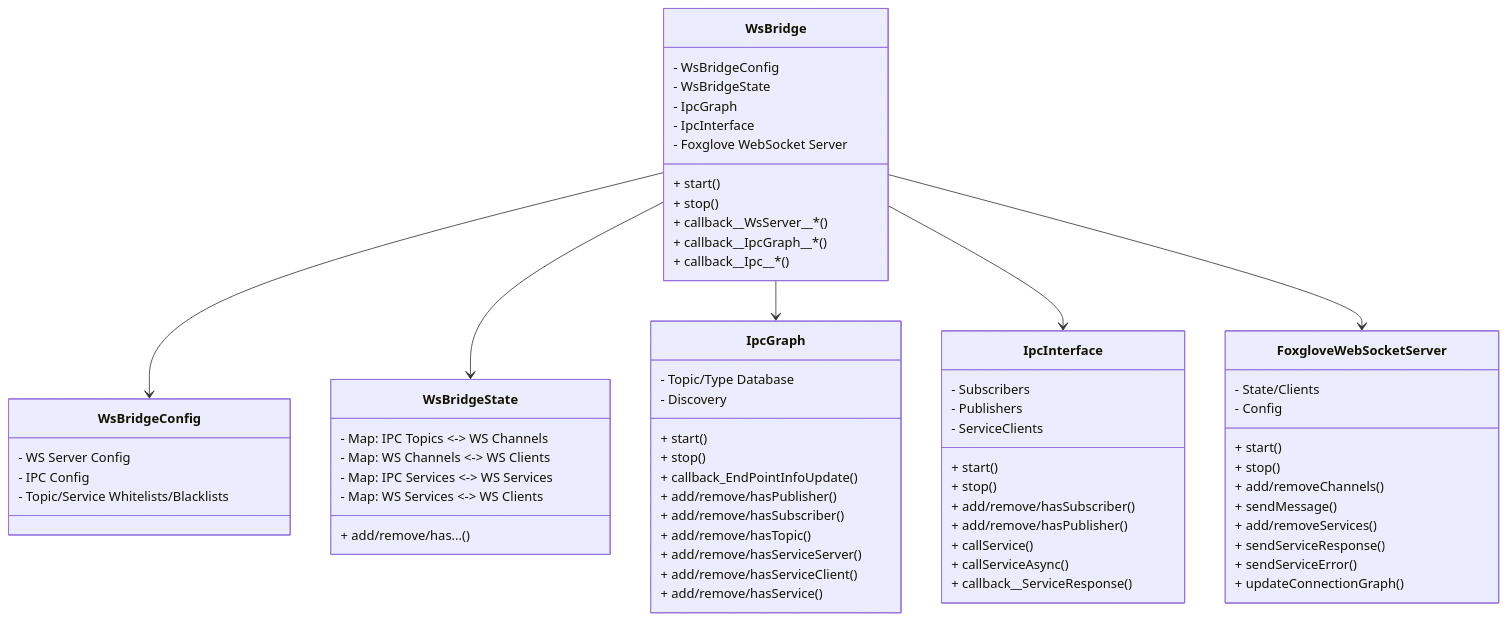
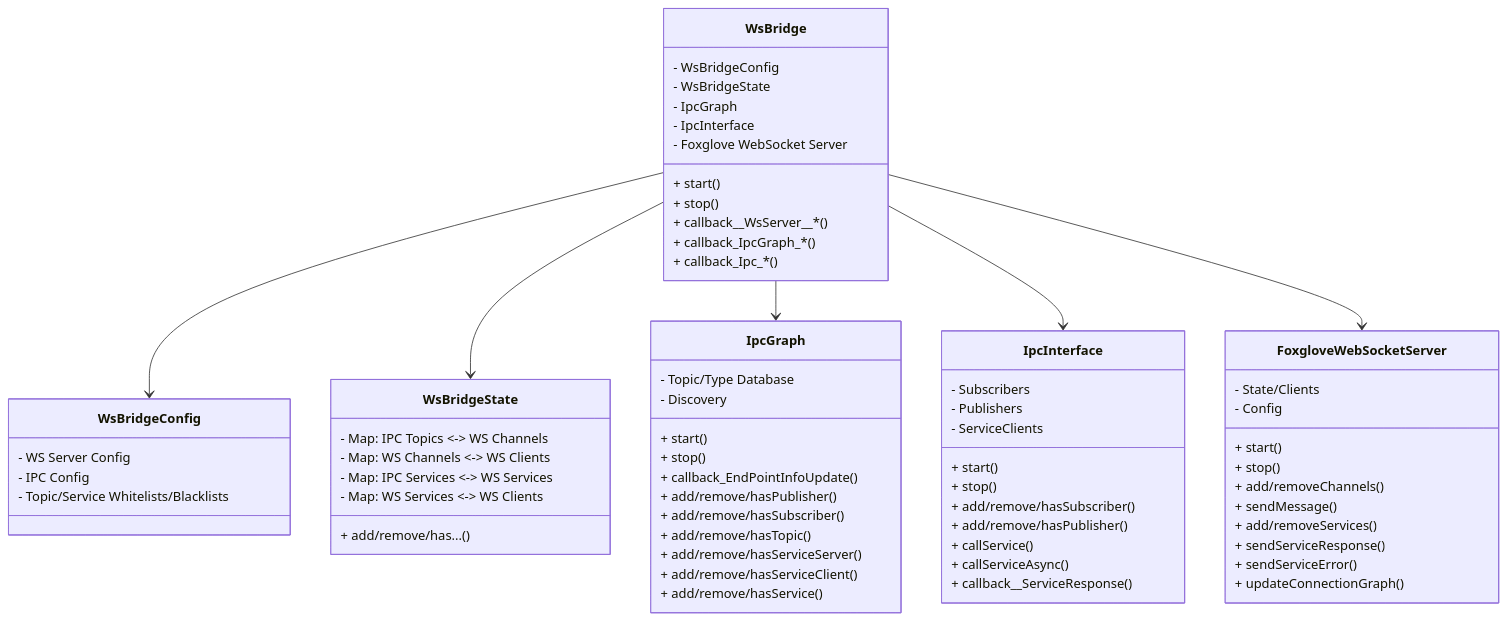
The diagram in modules/websocket_bridge/README.md (olympus-robotics/hephaestus), drawn with Mermaid before and after one commit. The commit also changed 2 other files, not shown here.

Commit message:
clang-tidy bridge

```diff
--- a/modules/websocket_bridge/README.md
+++ b/modules/websocket_bridge/README.md
@@ -39,8 +39,8 @@
     + stop()
 
     + callback__WsServer__*()
-    + callback__IpcGraph__*()
-    + callback__Ipc__*()
+    + callback_IpcGraph_*()
+    + callback_Ipc_*()
 }
 
 class WsBridgeConfig {
```
